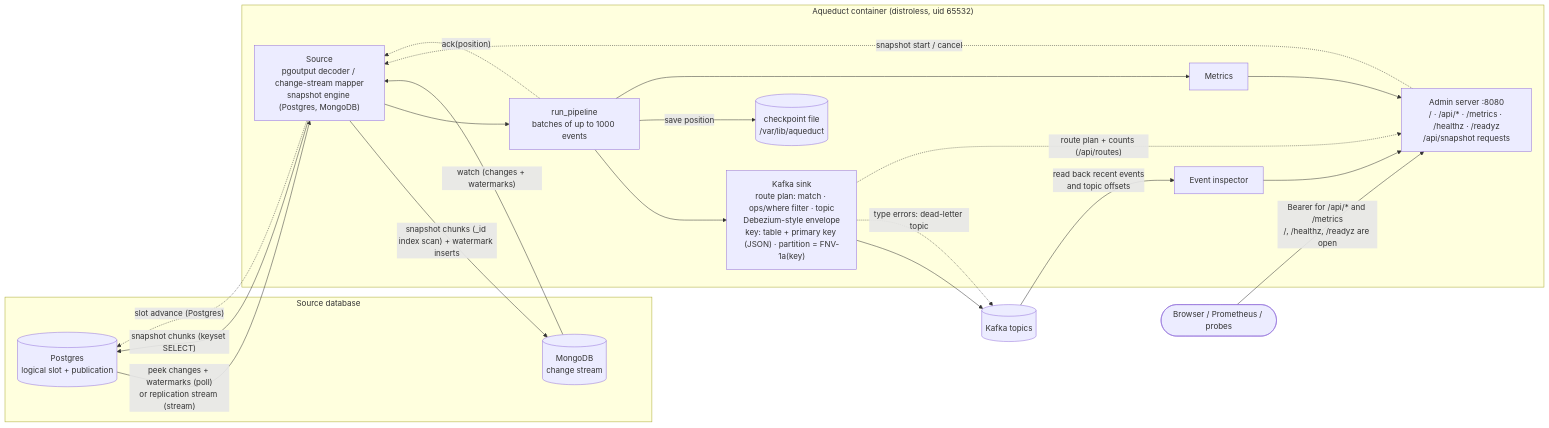
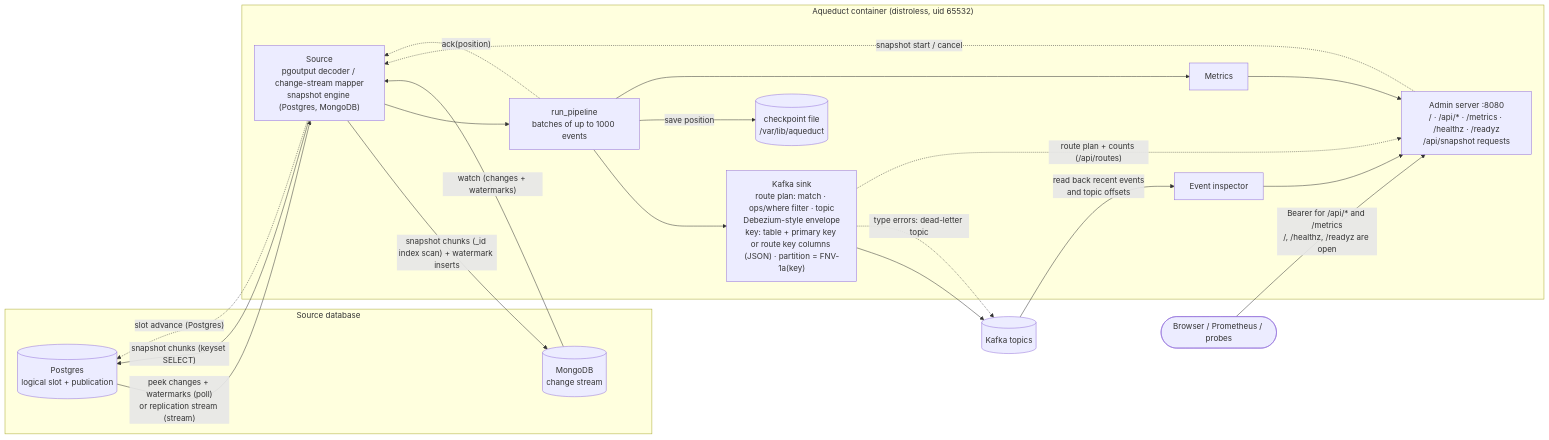
One commit to yarncraft/aqueduct changed the first of 3 diagrams in README.md. Above: the diagram before and after it, drawn with Mermaid. The commit also changed other lines of this file and 10 other files, not shown here.

Commit message:
feat(routing): set the Kafka message key per route (#83) (#145)

````diff
--- a/README.md
+++ b/README.md
@@ -18,35 +18,35 @@
 ```mermaid
 flowchart LR
     subgraph db["Source database"]
         PG[("Postgres<br/>logical slot + publication")]
         MG[("MongoDB<br/>change stream")]
     end
 
     subgraph aq["Aqueduct container (distroless, uid 65532)"]
         SRC["Source<br/>pgoutput decoder / change-stream mapper<br/>snapshot engine (Postgres, MongoDB)"]
         PIPE["run_pipeline<br/>batches of up to 1000 events"]
-        SINK["Kafka sink<br/>route plan: match · ops/where filter · topic<br/>Debezium-style envelope<br/>key: table + primary key (JSON) · partition = FNV-1a(key)"]
+        SINK["Kafka sink<br/>route plan: match · ops/where filter · topic<br/>Debezium-style envelope<br/>key: table + primary key or route key columns (JSON) · partition = FNV-1a(key)"]
         CK[("checkpoint file<br/>/var/lib/aqueduct")]
         MET["Metrics"]
         ADM["Admin server :8080<br/>/ · /api/* · /metrics · /healthz · /readyz<br/>/api/snapshot requests"]
         INS["Event inspector"]
     end
 
     K[("Kafka topics")]
     U(["Browser / Prometheus / probes"])
 
     PG -- "peek changes + watermarks (poll)<br/>or replication stream (stream)" --> SRC
     SRC -- "snapshot chunks (keyset SELECT)" --> PG
     MG -- "watch (changes + watermarks)" --> SRC
     SRC -- "snapshot chunks (_id index scan) + watermark inserts" --> MG
     SRC --> PIPE --> SINK --> K
     SINK -. "type errors: dead-letter topic" .-> K
     SINK -. "route plan + counts (/api/routes)" .-> ADM
     PIPE -- "save position" --> CK
     PIPE -. "ack(position)" .-> SRC
     SRC -. "slot advance (Postgres)" .-> PG
     PIPE --> MET --> ADM
     ADM -. "snapshot start / cancel" .-> SRC
     K -- "read back recent events<br/>and topic offsets" --> INS --> ADM
     U -- "Bearer for /api/* and /metrics<br/>/, /healthz, /readyz are open" --> ADM
 ```
````
